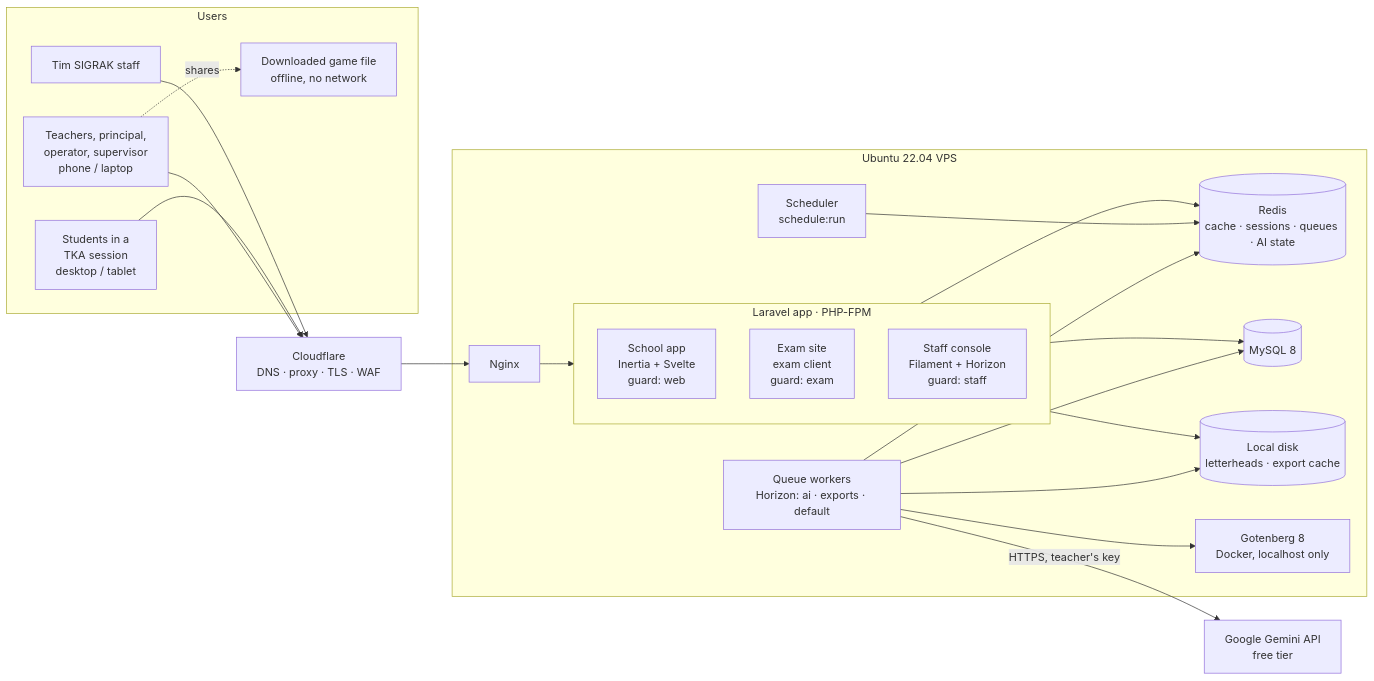
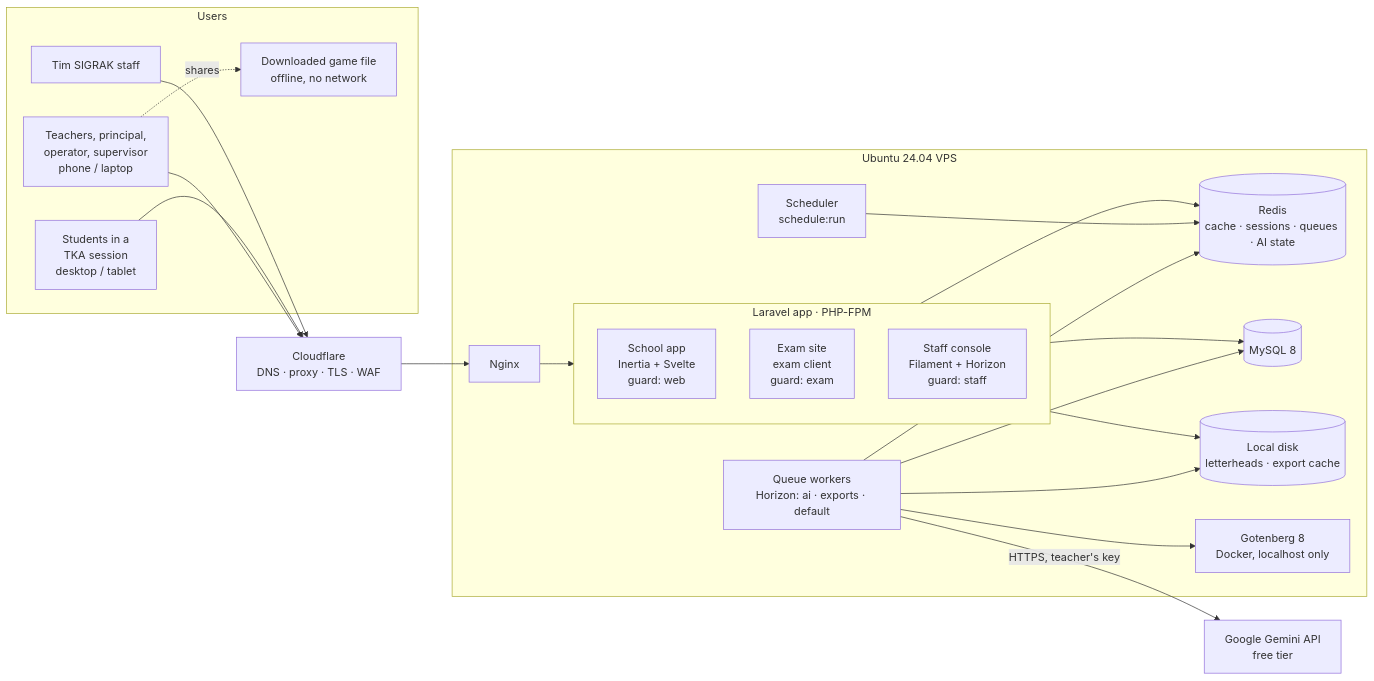
Before and after one commit to arumiforge/sinaubareng: the first of 3 diagrams in docs/drafts/architecture.md, drawn with Mermaid. The commit also changed other lines of this file and 4 other files, not shown here.

First line of the commit message:
Record Ubuntu 24.04, VPS size and Cloudflare Tunnel (D-086 to D-088)

````diff
--- a/docs/drafts/architecture.md
+++ b/docs/drafts/architecture.md
@@ -18,42 +18,42 @@
 ```mermaid
 flowchart LR
     subgraph Users
         T[Teachers, principal,<br/>operator, supervisor<br/>phone / laptop]
         S[Students in a<br/>TKA session<br/>desktop / tablet]
         F[Tim SIGRAK staff]
         G[Downloaded game file<br/>offline, no network]
     end
 
     CF[Cloudflare<br/>DNS · proxy · TLS · WAF]
 
     T --> CF
     S --> CF
     F --> CF
     T -. shares .-> G
 
-    subgraph VPS[Ubuntu 22.04 VPS]
+    subgraph VPS[Ubuntu 24.04 VPS]
         NG[Nginx]
         subgraph LARAVEL[Laravel app · PHP-FPM]
             APP[School app<br/>Inertia + Svelte<br/>guard: web]
             EXAM[Exam site<br/>exam client<br/>guard: exam]
             CON[Staff console<br/>Filament + Horizon<br/>guard: staff]
         end
         W[Queue workers<br/>Horizon: ai · exports · default]
         SCH[Scheduler<br/>schedule:run]
         R[(Redis<br/>cache · sessions · queues · AI state)]
         DB[(MySQL 8)]
         FS[(Local disk<br/>letterheads · export cache)]
         GOT[Gotenberg 8<br/>Docker, localhost only]
     end
 
     CF --> NG --> LARAVEL
     LARAVEL --> R
     LARAVEL --> DB
     LARAVEL --> FS
     W --> R
     W --> DB
     W --> FS
     W --> GOT
     SCH --> R
     W -- HTTPS, teacher's key --> GEM[Google Gemini API<br/>free tier]
 ```
````
